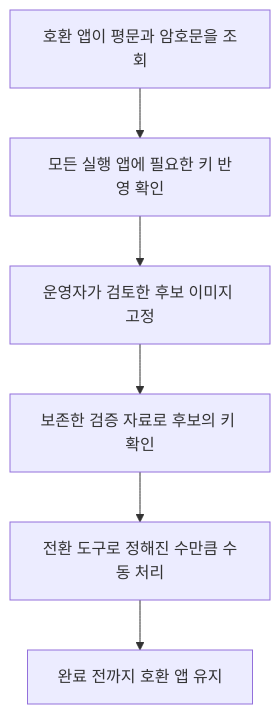
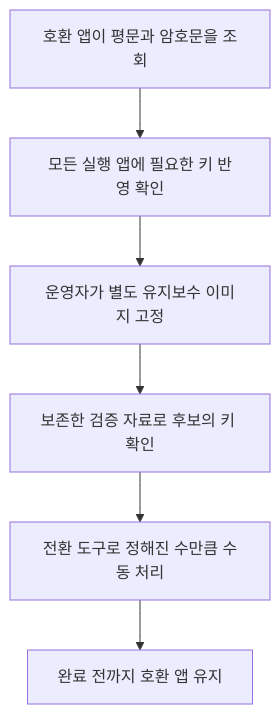
One commit to woowacourse-teams/2026-Harudle changed the third of 12 diagrams in backend/docs/diary-source-text-migration-scenarios.md. Above: the diagram before and after it, drawn with Mermaid. The commit also changed other lines of this file and 34 other files, not shown here.

````diff
--- a/backend/docs/diary-source-text-migration-scenarios.md
+++ b/backend/docs/diary-source-text-migration-scenarios.md
@@ -46,8 +46,8 @@
 ```mermaid
 flowchart TD
     serving["호환 앱이 평문과 암호문을 조회"] --> keys["모든 실행 앱에 필요한 키 반영 확인"]
-    keys --> image["운영자가 검토한 후보 이미지 고정"]
+    keys --> image["운영자가 별도 유지보수 이미지 고정"]
     image --> trusted["보존한 검증 자료로 후보의 키 확인"]
     trusted --> batch["전환 도구로 정해진 수만큼 수동 처리"]
     batch --> keep["완료 전까지 호환 앱 유지"]
 ```
````
